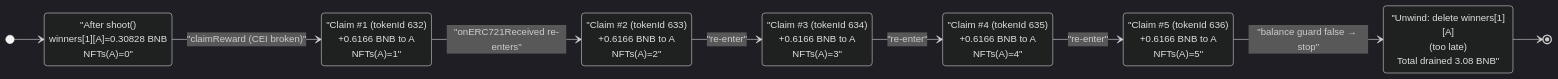
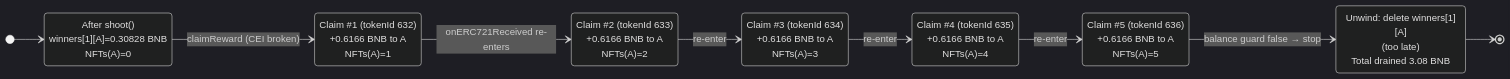
One commit to sanbir/evm-hack-registry changed the third of 3 diagrams in 2022-09-THB_exp/THB_exp.md. Above: the diagram before and after it, drawn with Mermaid (dark theme). The commit also changed 280 other files, not shown here.

Commit message:
mermaid fixes

````diff
--- a/2022-09-THB_exp/THB_exp.md
+++ b/2022-09-THB_exp/THB_exp.md
@@ -351,20 +351,20 @@
 ```mermaid
 stateDiagram-v2
     direction LR
     [*] --> Bet
-    Bet : "After shoot()<br/>winners[1][A]=0.30828 BNB<br/>NFTs(A)=0"
-    Claim1 : "Claim #1 (tokenId 632)<br/>+0.6166 BNB to A<br/>NFTs(A)=1"
-    Claim2 : "Claim #2 (tokenId 633)<br/>+0.6166 BNB to A<br/>NFTs(A)=2"
-    Claim3 : "Claim #3 (tokenId 634)<br/>+0.6166 BNB to A<br/>NFTs(A)=3"
-    Claim4 : "Claim #4 (tokenId 635)<br/>+0.6166 BNB to A<br/>NFTs(A)=4"
-    Claim5 : "Claim #5 (tokenId 636)<br/>+0.6166 BNB to A<br/>NFTs(A)=5"
-    Cleared : "Unwind: delete winners[1][A]<br/>(too late)<br/>Total drained 3.08 BNB"
+    Bet : After shoot()<br/>winners[1][A]=0.30828 BNB<br/>NFTs(A)=0
+    Claim1 : Claim #1 (tokenId 632)<br/>+0.6166 BNB to A<br/>NFTs(A)=1
+    Claim2 : Claim #2 (tokenId 633)<br/>+0.6166 BNB to A<br/>NFTs(A)=2
+    Claim3 : Claim #3 (tokenId 634)<br/>+0.6166 BNB to A<br/>NFTs(A)=3
+    Claim4 : Claim #4 (tokenId 635)<br/>+0.6166 BNB to A<br/>NFTs(A)=4
+    Claim5 : Claim #5 (tokenId 636)<br/>+0.6166 BNB to A<br/>NFTs(A)=5
+    Cleared : Unwind#58; delete winners[1][A]<br/>(too late)<br/>Total drained 3.08 BNB
 
-    Bet --> Claim1 : "claimReward (CEI broken)"
-    Claim1 --> Claim2 : "onERC721Received re-enters"
-    Claim2 --> Claim3 : "re-enter"
-    Claim3 --> Claim4 : "re-enter"
-    Claim4 --> Claim5 : "re-enter"
-    Claim5 --> Cleared : "balance guard false → stop"
+    Bet --> Claim1 : claimReward (CEI broken)
+    Claim1 --> Claim2 : onERC721Received re-enters
+    Claim2 --> Claim3 : re-enter
+    Claim3 --> Claim4 : re-enter
+    Claim4 --> Claim5 : re-enter
+    Claim5 --> Cleared : balance guard false → stop
     Cleared --> [*]
 ```
````
